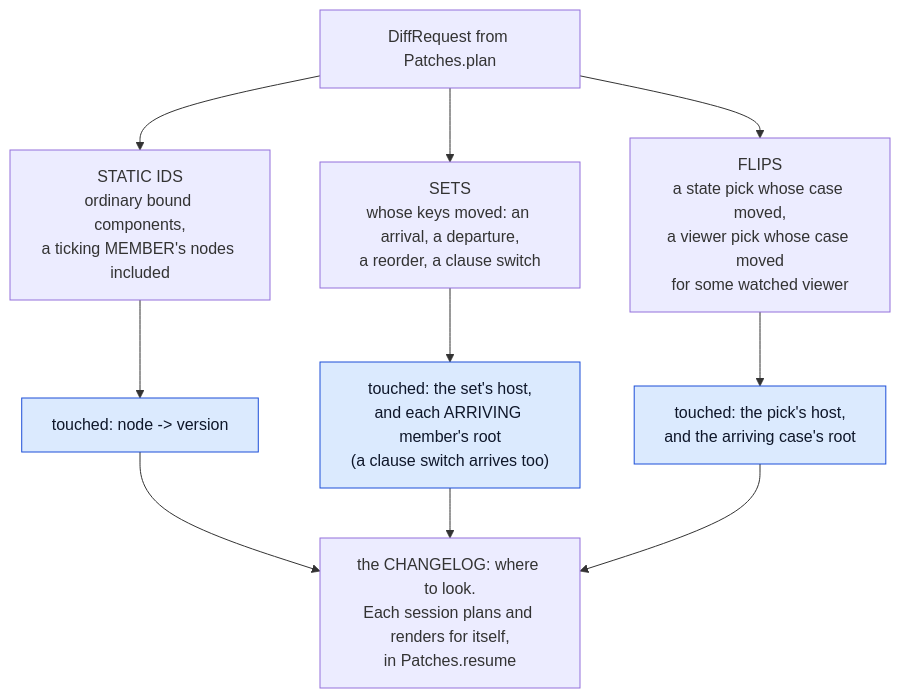
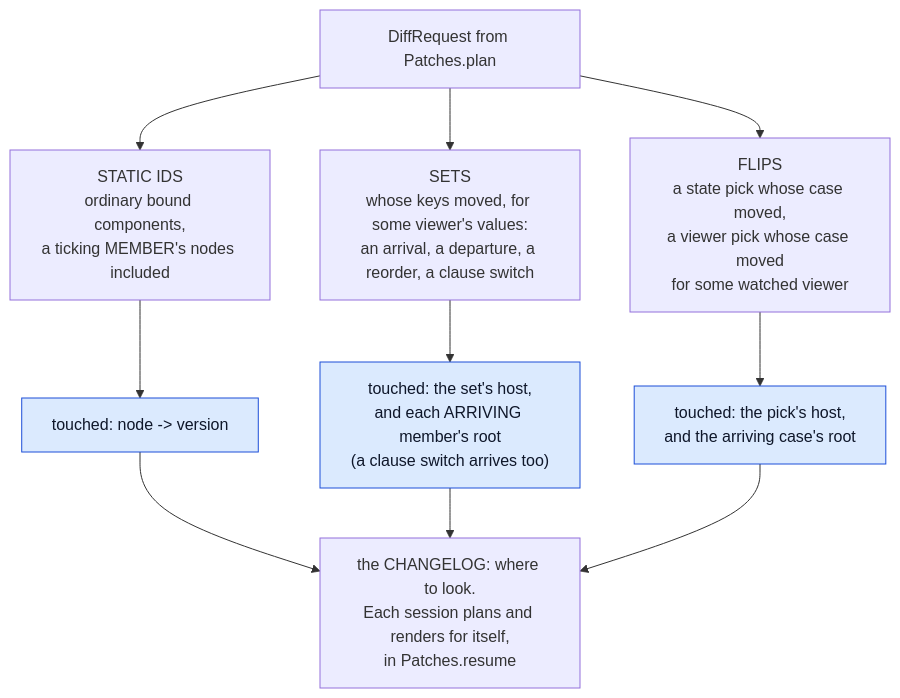
One commit to perok/functional-home-assistant changed the third of 6 diagrams in docs/architecture-rendering-pipeline.md. Above: the diagram before and after it, drawn with Mermaid. The commit also changed other lines of this file and 24 other files, not shown here.

````diff
--- a/docs/architecture-rendering-pipeline.md
+++ b/docs/architecture-rendering-pipeline.md
@@ -671,19 +678,19 @@
 ```mermaid
 flowchart TB
   REQ["DiffRequest from Patches.plan"]
 
   REQ --> STAT["STATIC IDS<br/>ordinary bound components,<br/>a ticking MEMBER's nodes included"]
-  REQ --> DYN["SETS<br/>whose keys moved: an arrival, a departure,<br/>a reorder, a clause switch"]
+  REQ --> DYN["SETS<br/>whose keys moved, for some viewer's values:<br/>an arrival, a departure, a reorder, a clause switch"]
   REQ --> FLIP["FLIPS<br/>a state pick whose case moved,<br/>a viewer pick whose case moved<br/>for some watched viewer"]
 
   STAT --> STATW["touched: node -&gt; version"]
   DYN --> DYNW["touched: the set's host,<br/>and each ARRIVING member's root<br/>(a clause switch arrives too)"]
   FLIP --> FLIPW["touched: the pick's host,<br/>and the arriving case's root"]
 
   STATW --> OUT["the CHANGELOG: where to look.<br/>Each session plans and renders for itself,<br/>in Patches.resume"]
   DYNW --> OUT
   FLIPW --> OUT
 
   classDef write fill:#dbeafe,stroke:#1d4ed8,color:#0f172a
   class STATW,DYNW,FLIPW write
 ```
````
